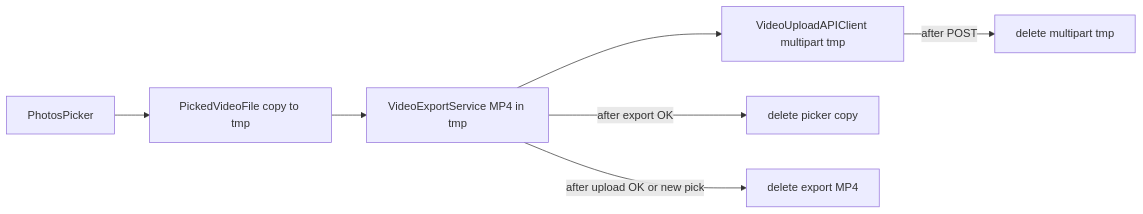
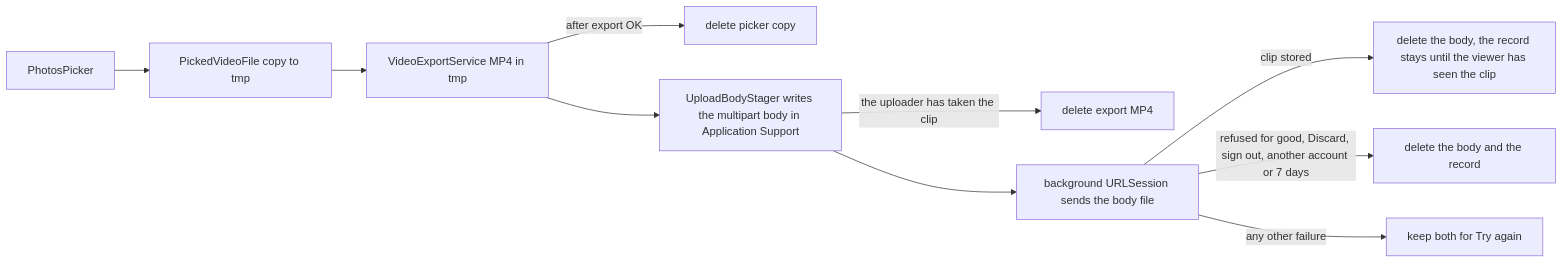
One commit to SomsakGitHub/Marauders changed the seventh of 7 diagrams in ARCHITECTURE.md. Above: the diagram before and after it, drawn with Mermaid. The commit also changed other lines of this file and 2 other files, not shown here.

First line of the commit message:
Document the background upload and its decision record

````diff
--- a/ARCHITECTURE.md
+++ b/ARCHITECTURE.md
@@ -525,9 +590,12 @@
 ```mermaid
 flowchart LR
   Picker[PhotosPicker] --> Copy[PickedVideoFile copy to tmp]
   Copy --> Export[VideoExportService MP4 in tmp]
-  Export --> Multipart[VideoUploadAPIClient multipart tmp]
-  Multipart -->|after POST| DeleteM[delete multipart tmp]
   Export -->|after export OK| DeleteP[delete picker copy]
-  Export -->|after upload OK or new pick| DeleteE[delete export MP4]
+  Export --> Stage[UploadBodyStager writes the multipart body in Application Support]
+  Stage -->|the uploader has taken the clip| DeleteE[delete export MP4]
+  Stage --> Send[background URLSession sends the body file]
+  Send -->|clip stored| DeleteB[delete the body, the record stays until the viewer has seen the clip]
+  Send -->|refused for good, Discard, sign out, another account or 7 days| DeleteAll[delete the body and the record]
+  Send -->|any other failure| Keep[keep both for Try again]
 ```
````
